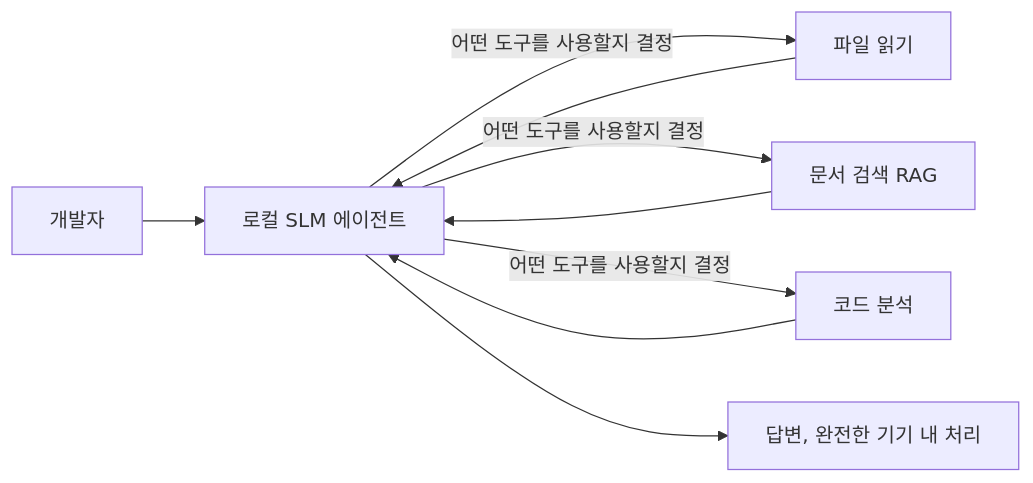
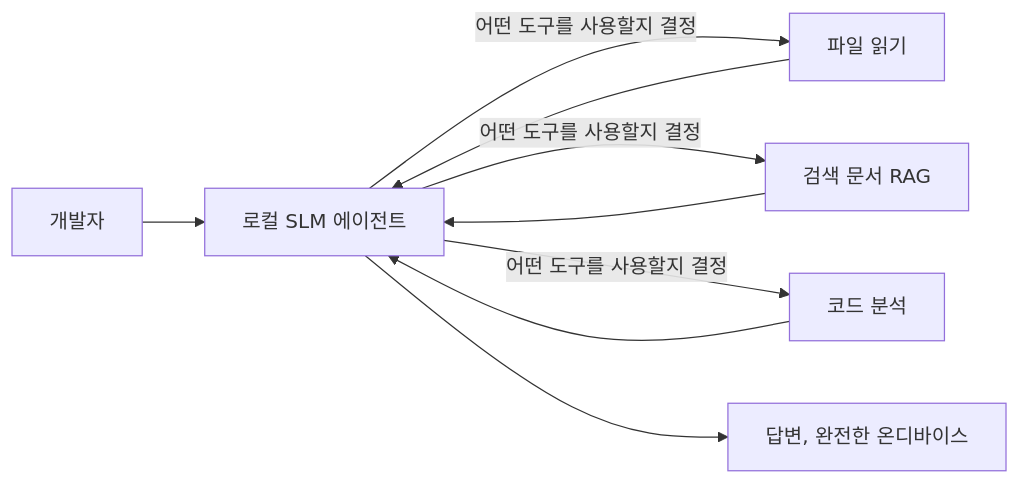
Before and after one commit to gabrielmoreira/agent-skills-mirror: the first of 4 diagrams in mirrors/repos/microsoft@ai-agents-for-beginners/translations/ko/17-creating-local-ai-agents/README.md, drawn with Mermaid. The commit also changed other lines of this file and 4262 other files, not shown here.

````diff
--- a/mirrors/repos/microsoft@ai-agents-for-beginners/translations/ko/17-creating-local-ai-agents/README.md
+++ b/mirrors/repos/microsoft@ai-agents-for-beginners/translations/ko/17-creating-local-ai-agents/README.md
@@ -66,11 +66,11 @@
 ```mermaid
 flowchart LR
     U[개발자] --> A[로컬 SLM 에이전트]
     A -->|어떤 도구를 사용할지 결정| T1[파일 읽기]
-    A -->|어떤 도구를 사용할지 결정| T2[문서 검색 RAG]
+    A -->|어떤 도구를 사용할지 결정| T2[검색 문서 RAG]
     A -->|어떤 도구를 사용할지 결정| T3[코드 분석]
     T1 --> A
     T2 --> A
     T3 --> A
-    A --> R[답변, 완전한 기기 내 처리]
+    A --> R[답변, 완전한 온디바이스]
 ```
````
